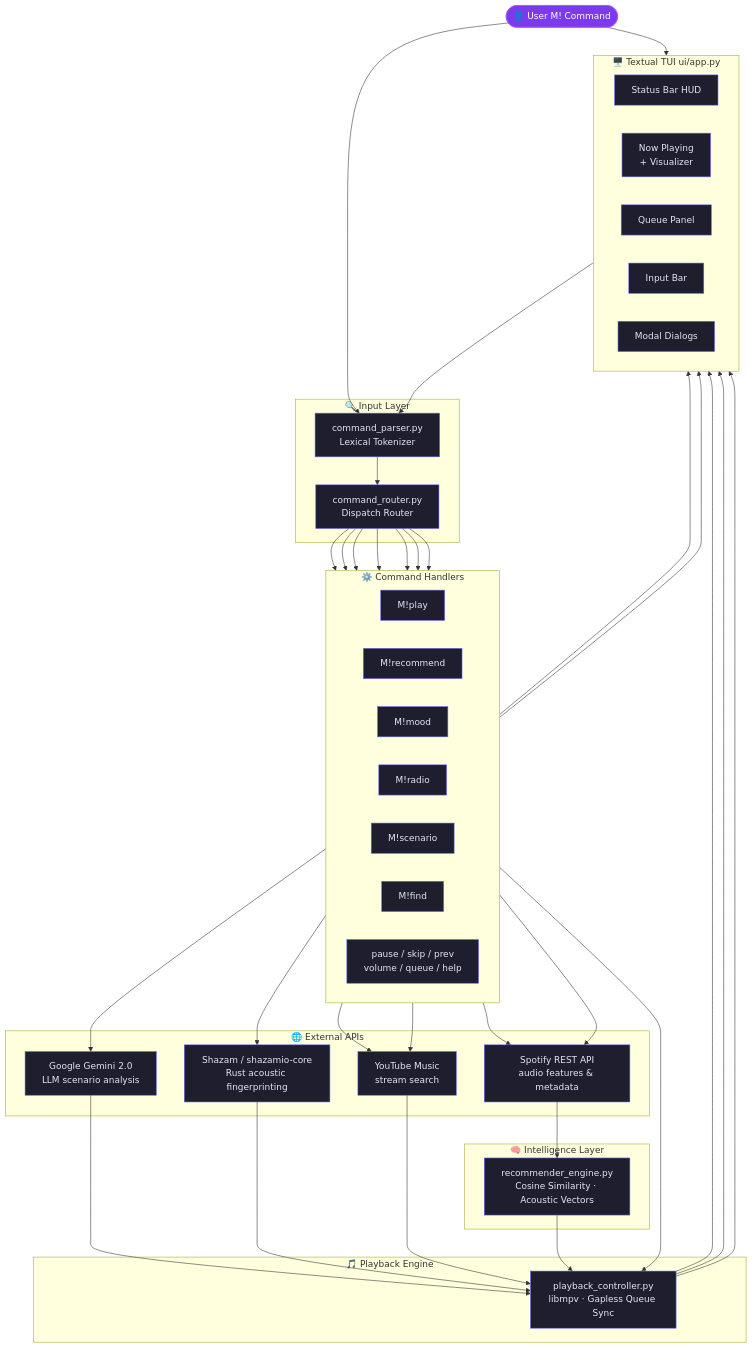
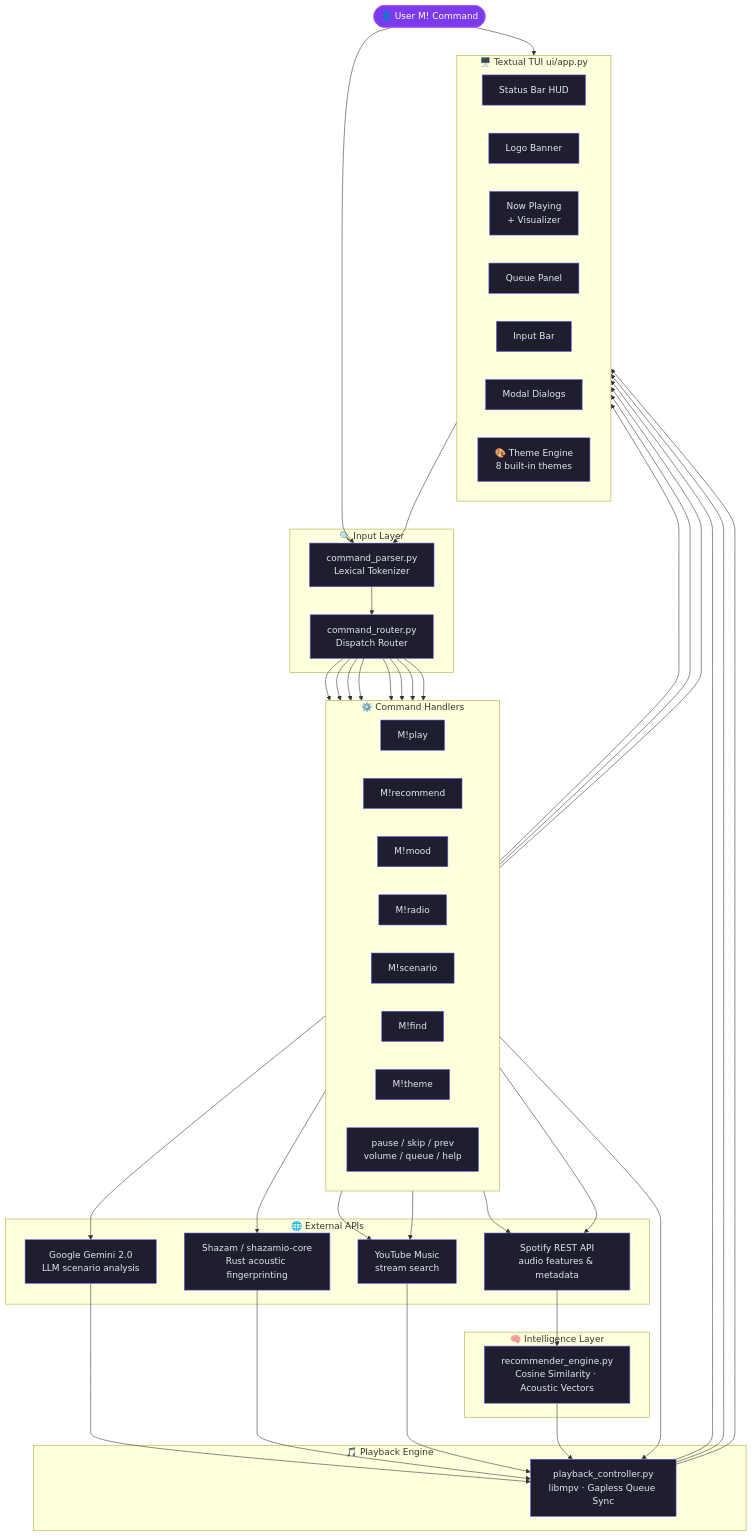
One commit to hemahariharan1126/tunecli changed the second of 2 diagrams in README.md. Above: the diagram before and after it, drawn with Mermaid. The commit also changed other lines of this file, not shown here.

First line of the commit message:
docs: update README with theme system, TUI diagrams, and module tree

````diff
--- a/README.md
+++ b/README.md
@@ -104,60 +201,64 @@
 ```mermaid
 flowchart TD
     User(["👤 User  M! Command"]):::input
 
     subgraph Parsing ["🔍 Input Layer"]
         Parser["command_parser.py\nLexical Tokenizer"]
         Router["command_router.py\nDispatch Router"]
     end
 
     subgraph Commands ["⚙️ Command Handlers"]
         direction LR
         Play["M!play"]
         Recommend["M!recommend"]
         Mood["M!mood"]
         Radio["M!radio"]
         Scenario["M!scenario"]
         Find["M!find"]
+        Theme["M!theme"]
         Controls["pause / skip / prev\nvolume / queue / help"]
     end
 
     subgraph APIs ["🌐 External APIs"]
         Spotify["Spotify REST API\naudio features & metadata"]
         YTMusic["YouTube Music\nstream search"]
         Gemini["Google Gemini 2.0\nLLM scenario analysis"]
         Shazam["Shazam / shazamio-core\nRust acoustic fingerprinting"]
     end
 
     subgraph Intelligence ["🧠 Intelligence Layer"]
         Recommender["recommender_engine.py\nCosine Similarity · Acoustic Vectors"]
     end
 
     subgraph Playback ["🎵 Playback Engine"]
         Controller["playback_controller.py\nlibmpv · Gapless Queue Sync"]
     end
 
     subgraph TUI ["🖥️ Textual TUI  ui/app.py"]
         direction LR
         StatusBar["Status Bar HUD"]
+        LogoBanner["Logo Banner"]
         NowPlaying["Now Playing\n+ Visualizer"]
         QueuePanel["Queue Panel"]
         InputBar["Input Bar"]
         Modal["Modal Dialogs"]
+        ThemeEngine["🎨 Theme Engine\n8 built-in themes"]
     end
 
     User --> Parser --> Router
-    Router --> Play & Recommend & Mood & Radio & Scenario & Find & Controls
+    Router --> Play & Recommend & Mood & Radio & Scenario & Find & Theme & Controls
     Play & Radio --> YTMusic
     Recommend & Mood --> Spotify --> Recommender
     Scenario --> Gemini
     Find --> Shazam
+    Theme --> ThemeEngine
     Gemini & Shazam & YTMusic --> Controller
     Recommender --> Controller
     Controls --> Controller
     Controller --> StatusBar & NowPlaying & QueuePanel
     User --> InputBar --> Parser
     Scenario & Find --> Modal
 
     classDef input fill:#7c3aed,stroke:#a855f7,color:#fff
     classDef default fill:#1e1e2e,stroke:#6366f1,color:#e2e8f0
 ```
````
